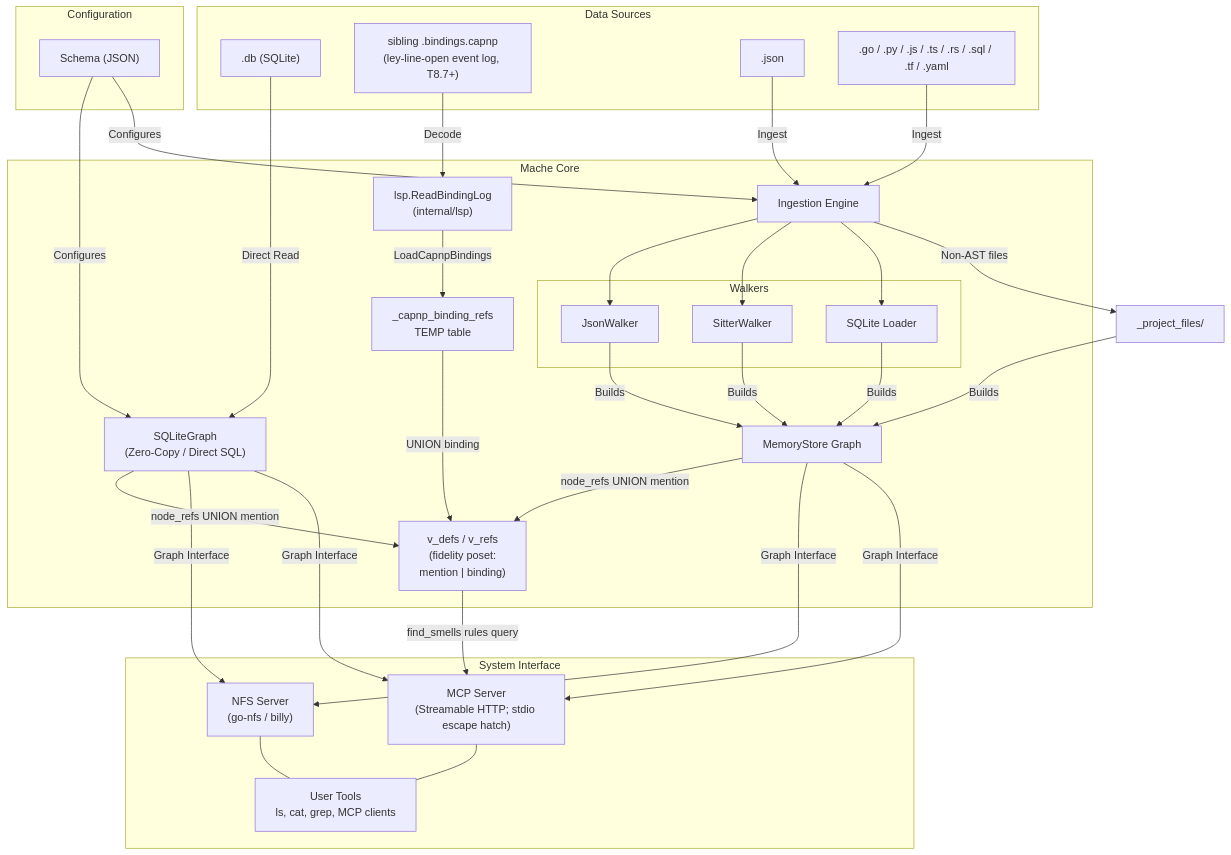
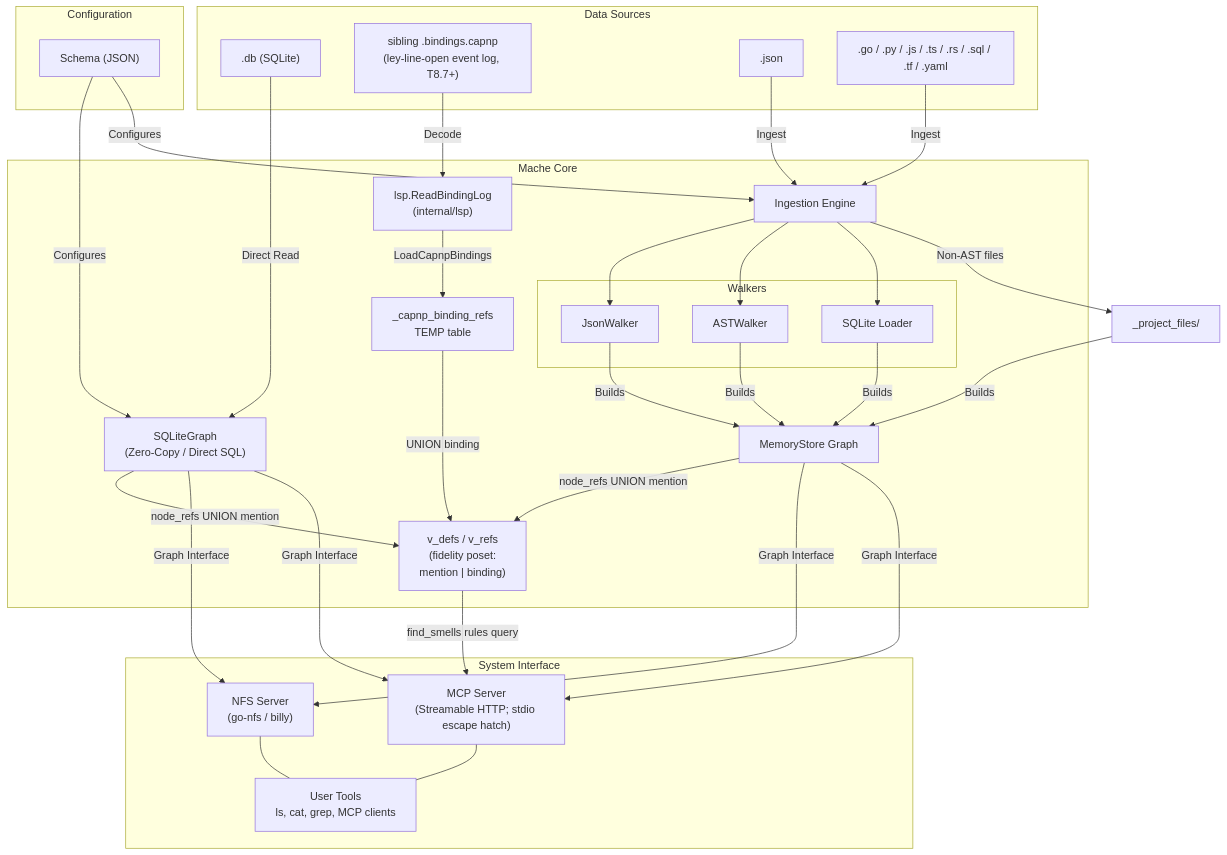
The first of 2 diagrams in docs/ARCHITECTURE.md (agentic-research/mache), drawn with Mermaid before and after one commit. The commit also changed other lines of this file and 3 other files, not shown here.

````diff
--- a/docs/ARCHITECTURE.md
+++ b/docs/ARCHITECTURE.md
@@ -28,68 +28,68 @@
 ```mermaid
 graph TD
     subgraph Configuration
         Schema["Schema (JSON)"]
     end
 
     subgraph "Data Sources"
         SQLiteFile[".db (SQLite)"]
         BindingLog["sibling .bindings.capnp<br/>(ley-line-open event log, T8.7+)"]
         FlatFile[".json"]
         SourceCode[".go / .py / .js / .ts / .rs / .sql / .tf / .yaml"]
     end
 
     subgraph "Mache Core"
         SQLiteGraph["SQLiteGraph<br/>(Zero-Copy / Direct SQL)"]
         Engine[Ingestion Engine]
 
         subgraph "Walkers"
             JW[JsonWalker]
-            SW[SitterWalker]
+            AW[ASTWalker]
             SL[SQLite Loader]
         end
 
         MemoryStore["MemoryStore Graph"]
 
         BindingReader["lsp.ReadBindingLog<br/>(internal/lsp)"]
         CapnpTemp["_capnp_binding_refs<br/>TEMP table"]
         CanonView["v_defs / v_refs<br/>(fidelity poset:<br/>mention | binding)"]
     end
 
     subgraph "System Interface"
         NFS["NFS Server<br/>(go-nfs / billy)"]
         MCP["MCP Server<br/>(Streamable HTTP; stdio escape hatch)"]
         Tools["User Tools<br/>ls, cat, grep, MCP clients"]
     end
 
     Schema -->|Configures| SQLiteGraph
     Schema -->|Configures| Engine
 
     SQLiteFile -->|Direct Read| SQLiteGraph
     FlatFile -->|Ingest| Engine
     SourceCode -->|Ingest| Engine
 
     Engine --> JW
-    Engine --> SW
+    Engine --> AW
     Engine --> SL
 
     JW -->|Builds| MemoryStore
-    SW -->|Builds| MemoryStore
+    AW -->|Builds| MemoryStore
     SL -->|Builds| MemoryStore
     Engine -->|"Non-AST files"| ProjectFiles["_project_files/"]
     ProjectFiles -->|Builds| MemoryStore
 
     BindingLog -->|Decode| BindingReader
     BindingReader -->|LoadCapnpBindings| CapnpTemp
     CapnpTemp -->|UNION binding| CanonView
     SQLiteGraph -->|node_refs UNION mention| CanonView
     MemoryStore -->|node_refs UNION mention| CanonView
 
     SQLiteGraph -->|Graph Interface| NFS
     MemoryStore -->|Graph Interface| NFS
     SQLiteGraph -->|Graph Interface| MCP
     MemoryStore -->|Graph Interface| MCP
     CanonView -->|find_smells rules query| MCP
 
     NFS --- Tools
     MCP --- Tools
 ```
````
